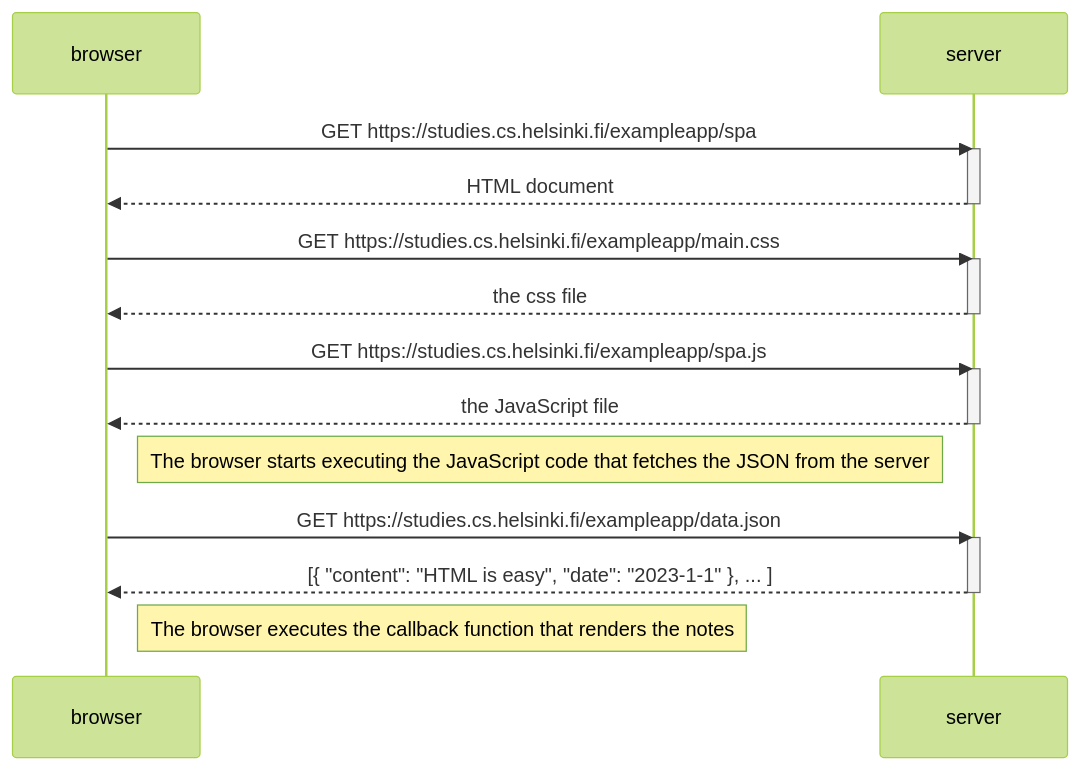
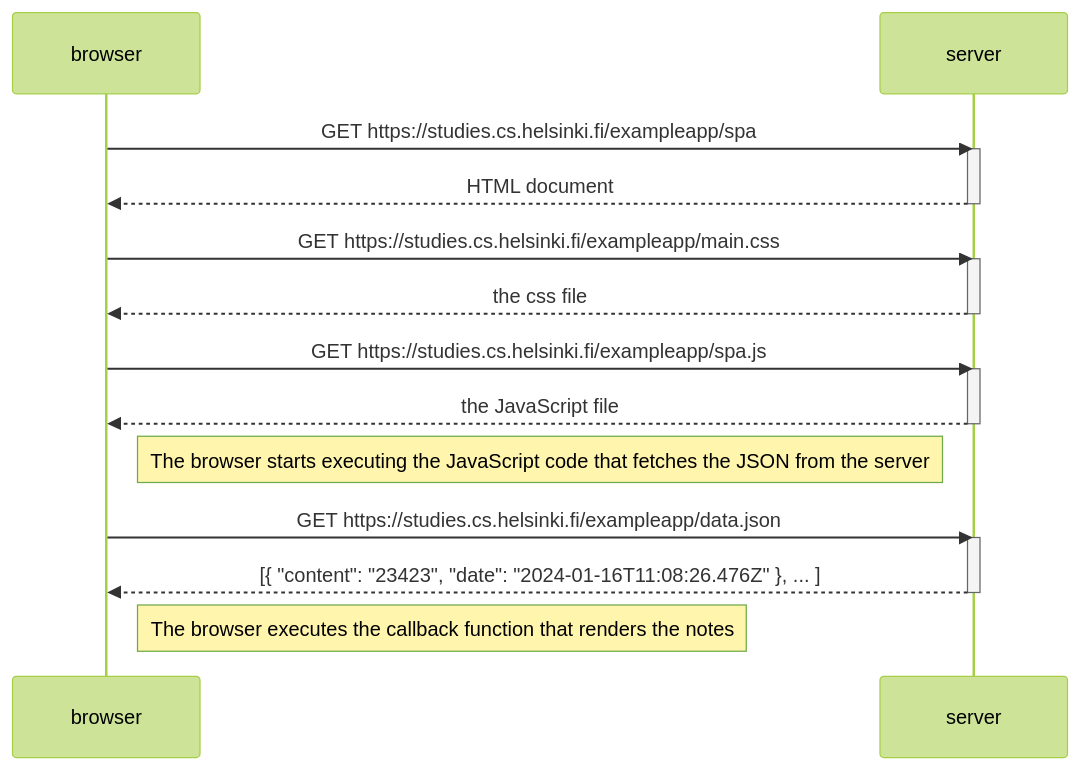
One commit to Tedrivs/part0 changed the diagram in Single page app diagram.mmd. Above: the diagram before and after it, drawn with Mermaid (forest theme).

Commit message:
Update Single page app diagram.mmd

```diff
--- a/Single page app diagram.mmd
+++ b/Single page app diagram.mmd
@@ -1,27 +1,27 @@
 sequenceDiagram
     participant browser
     participant server
 
     browser->>server: GET https://studies.cs.helsinki.fi/exampleapp/spa
     activate server
     server-->>browser: HTML document
     deactivate server
 
     browser->>server: GET https://studies.cs.helsinki.fi/exampleapp/main.css
     activate server
     server-->>browser: the css file
     deactivate server
 
     browser->>server: GET https://studies.cs.helsinki.fi/exampleapp/spa.js
     activate server
     server-->>browser: the JavaScript file
     deactivate server
 
     Note right of browser: The browser starts executing the JavaScript code that fetches the JSON from the server
 
     browser->>server: GET https://studies.cs.helsinki.fi/exampleapp/data.json
     activate server
-    server-->>browser: [{ "content": "HTML is easy", "date": "2023-1-1" }, ... ]
+    server-->>browser: [{ "content": "23423", "date": "2024-01-16T11:08:26.476Z" }, ... ]
     deactivate server
 
     Note right of browser: The browser executes the callback function that renders the notes
```
